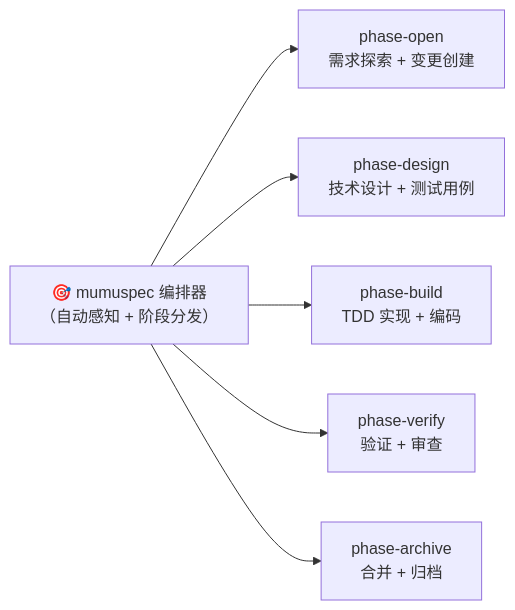
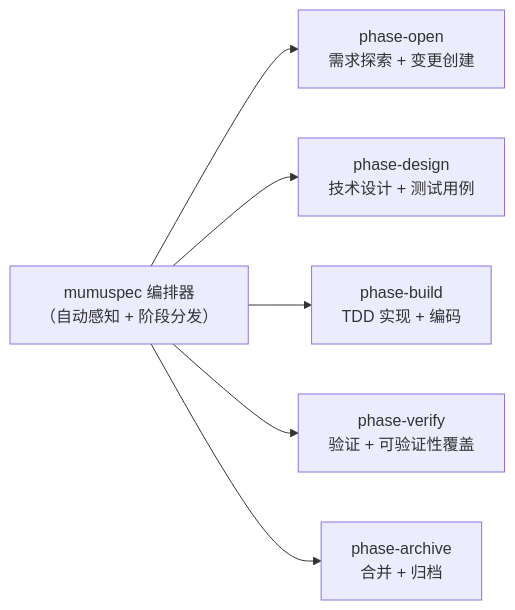
Before and after one commit to luckyMUMU/mumuspec: the second of 2 diagrams in docs/overview.md, drawn with Mermaid. The commit also changed other lines of this file and 151 other files, not shown here.

````diff
--- a/docs/overview.md
+++ b/docs/overview.md
@@ -199,9 +198,9 @@
 ```mermaid
 graph LR
-    MumuSpec["🎯 mumuspec 编排器<br/>（自动感知 + 阶段分发）"]
+    MumuSpec["mumuspec 编排器<br/>（自动感知 + 阶段分发）"]
     MumuSpec --> Open["phase-open<br/>需求探索 + 变更创建"]
     MumuSpec --> Design["phase-design<br/>技术设计 + 测试用例"]
     MumuSpec --> Build["phase-build<br/>TDD 实现 + 编码"]
-    MumuSpec --> Verify["phase-verify<br/>验证 + 审查"]
+    MumuSpec --> Verify["phase-verify<br/>验证 + 可验证性覆盖"]
     MumuSpec --> Archive["phase-archive<br/>合并 + 归档"]
 ```
````
